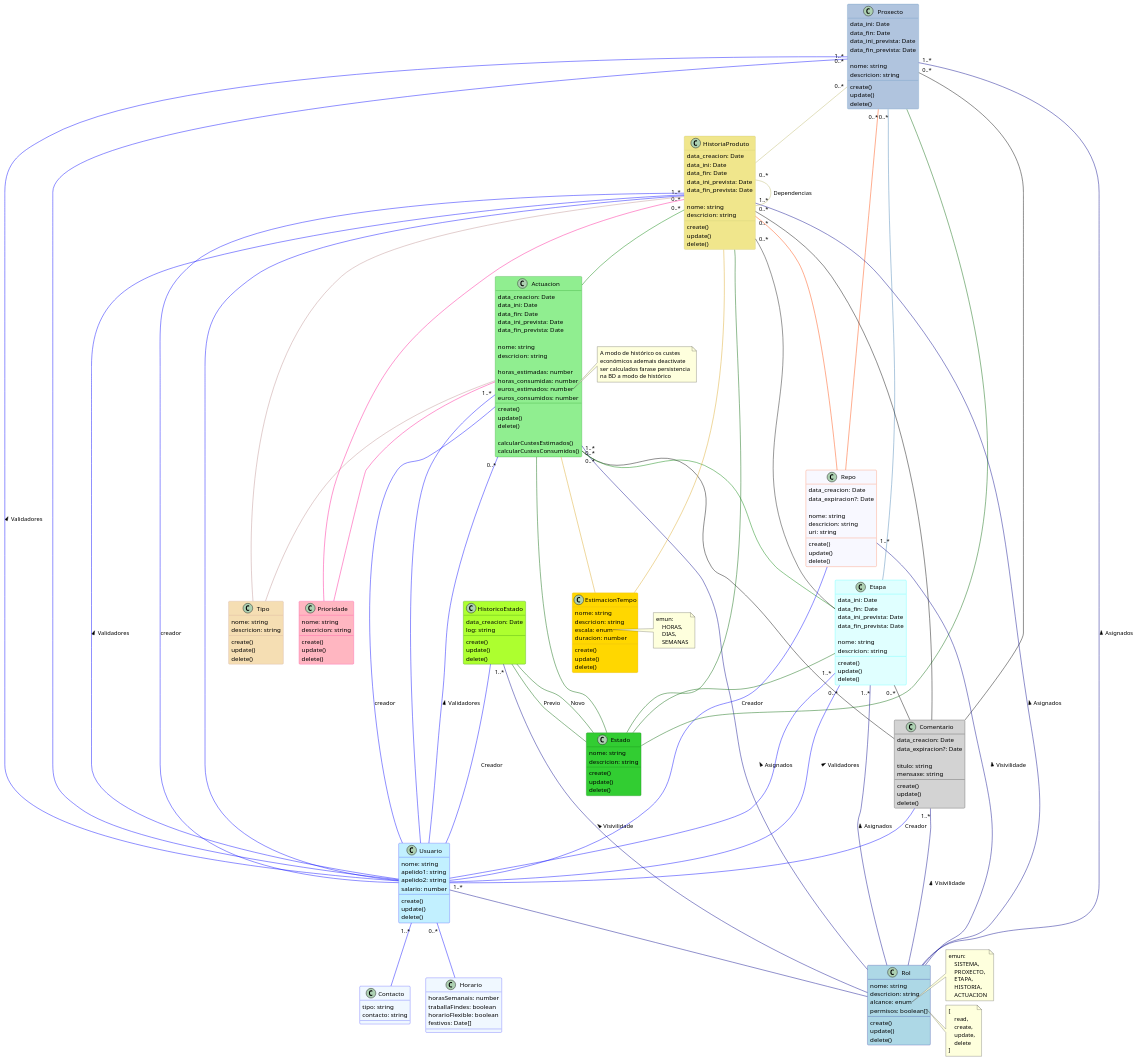
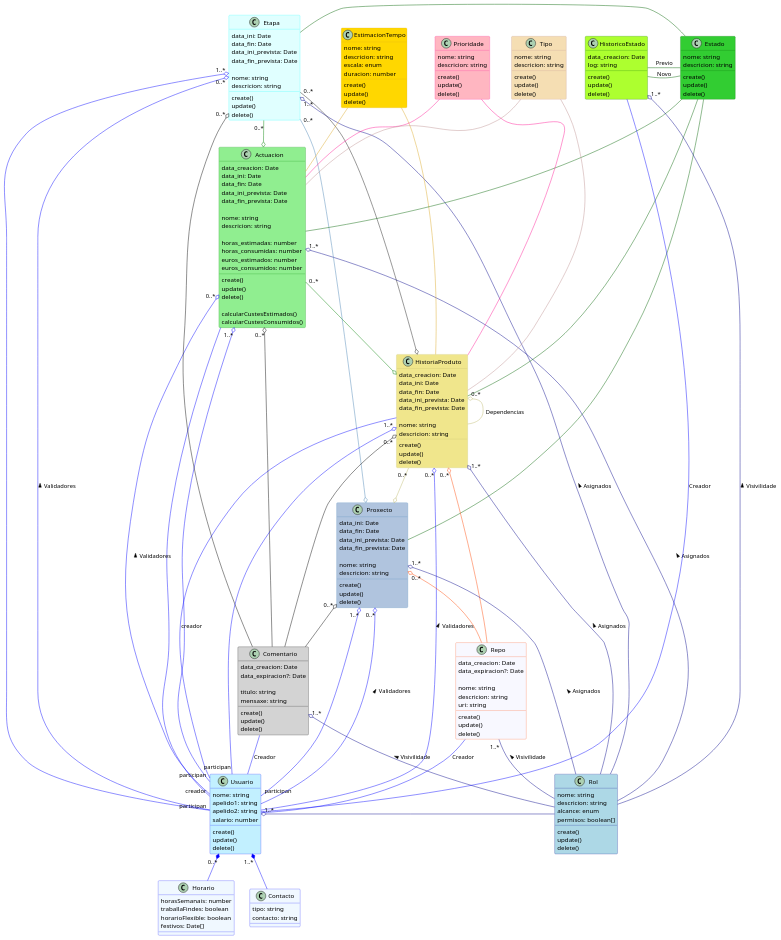
Before and after one commit to efja/proxectOSDAW: the diagram in doc/diagramas/uml/plantuml/clases/00_main.puml, drawn with PlantUML. The commit also changed 9 other files, not shown here.

```diff
--- a/doc/diagramas/uml/plantuml/clases/00_main.puml
+++ b/doc/diagramas/uml/plantuml/clases/00_main.puml
@@ -29,24 +29,6 @@
     {method} calcularCustesConsumidos()
 }
 
-note right of Actuacion::euros_estimados
-    A modo de histórico os custes
-    económicos ademais deactivate
-    ser calculados farase persistencia
-    na BD a modo de histórico
-end note
-
-Actuacion -- Usuario #Blue : creador
-Actuacion -- Estado #DarkGreen
-Actuacion -- EstimacionTempo #GoldenRod
-Actuacion -- Prioridade #DeepPink
-Actuacion -- Tipo #RosyBrown
-Actuacion "1..*" -- Usuario #Blue
-Actuacion "0..*" -- Usuario  #Blue: Validadores <
-Actuacion "1..*" -- Rol #DarkBlue : Asignados <
-Actuacion "0..*" -- Comentario #Black
-Actuacion "0..*" -- Etapa #Green
-
 ' ################################################################################
 ' ## Comentario
 ' ################################################################################
@@ -65,38 +47,6 @@
     {method} delete()
 }
 
-Comentario -- Usuario #Blue : Creador
-Comentario "1..*" -- Rol #DarkBlue : Visivilidade <
-
-' ################################################################################
-' ## Proxecto
-' ################################################################################
-
-class Proxecto #LightSteelBlue ##SteelBlue {
-    ' Propiedades
-    {field} data_ini: Date
-    {field} data_fin: Date
-    {field} data_ini_prevista: Date
-    {field} data_fin_prevista: Date
-
-    {field} nome: string
-    {field} descricion: string
-
-    ' Métodos
-    {method} create()
-    {method} update()
-    {method} delete()
-}
-
-Proxecto -- Estado #DarkGreen
-Proxecto "0..*" -- Repo #OrangeRed
-Proxecto "1..*" -- Usuario #Blue
-Proxecto "0..*" -- Usuario #Blue : Validadores <
-Proxecto "1..*" -- Rol #DarkBlue : Asignados <
-Proxecto "0..*" -- Etapa #SteelBlue
-Proxecto "0..*" -- HistoriaProduto #DarkKhaki
-Proxecto "0..*" -- Comentario #Black
-
 ' ################################################################################
 ' ## EstimacionTempo
 ' ################################################################################
@@ -113,13 +63,6 @@
     {method} update()
     {method} delete()
 }
-
-note right of EstimacionTempo::escala
-    emun:
-        HORAS,
-        DIAS,
-        SEMANAS
-end note
 
 ' ################################################################################
 ' ## Etapa
@@ -140,12 +83,6 @@
     {method} update()
     {method} delete()
 }
-
-Etapa -- Estado #DarkGreen
-Etapa "1..*" -- Usuario #Blue
-Etapa "0..*" -- Usuario #Blue : Validadores <
-Etapa "1..*" -- Rol #DarkBlue : Asignados <
-Etapa "0..*" -- Comentario #Black
 
 ' ################################################################################
 ' ## Estado
@@ -173,11 +110,6 @@
     {method} delete()
 }
 
-HistoricoEstado -- Usuario #Blue : Creador
-HistoricoEstado "1..*" -- Rol #DarkBlue : Visivilidade <
-HistoricoEstado -- Estado #DarkGreen : Previo
-HistoricoEstado -- Estado #DarkGreen : Novo
-
 ' ################################################################################
 ' ## HistoriaProduto
 ' ################################################################################
@@ -199,26 +131,32 @@
     {method} delete()
 }
 
-HistoriaProduto -- Usuario #Blue : creador
-HistoriaProduto -- Estado #DarkGreen
-HistoriaProduto -- EstimacionTempo #GoldenRod
-HistoriaProduto -- Prioridade #DeepPink
-HistoriaProduto -- Tipo #RosyBrown
-HistoriaProduto "0..*" -- Repo #OrangeRed
-HistoriaProduto "1..*" -- Usuario #Blue
-HistoriaProduto "0..*" -- Usuario #Blue : Validadores <
-HistoriaProduto "1..*" -- Rol #DarkBlue : Asignados <
-HistoriaProduto "0..*" -- Comentario #Black
-HistoriaProduto "0..*" -- Etapa
-HistoriaProduto "0..*" -- Actuacion #Green
-HistoriaProduto "0..*" -- HistoriaProduto #DarkKhaki : Dependencias
-
 ' ################################################################################
 ' ## Prioridade
 ' ################################################################################
 
 class Prioridade #LightPink ##DeepPink {
     ' Propiedades
+    {field} nome: string
+    {field} descricion: string
+
+    ' Métodos
+    {method} create()
+    {method} update()
+    {method} delete()
+}
+
+' ################################################################################
+' ## Proxecto
+' ################################################################################
+
+class Proxecto #LightSteelBlue ##SteelBlue {
+    ' Propiedades
+    {field} data_ini: Date
+    {field} data_fin: Date
+    {field} data_ini_prevista: Date
+    {field} data_fin_prevista: Date
+
     {field} nome: string
     {field} descricion: string
 
@@ -247,9 +185,6 @@
     {method} delete()
 }
 
-Repo -- Usuario #Blue : Creador
-Repo "1..*" -- Rol #DarkBlue : Visivilidade <
-
 ' ################################################################################
 ' ## Rol
 ' ################################################################################
@@ -266,24 +201,6 @@
     {method} update()
     {method} delete()
 }
-
-note right of Rol::alcance
-    emun:
-        SISTEMA,
-        PROXECTO,
-        ETAPA,
-        HISTORIA,
-        ACTUACION
-end note
-
-note right of Rol::permisos
-    [
-        read,
-        create,
-        update,
-        delete
-    ]
-end note
 
 ' ################################################################################
 ' ## Tipo
@@ -331,8 +248,85 @@
     {field} contacto: string
 }
 
-Usuario "1..*" -- Contacto #Blue
-Usuario "1..*" -- Rol #DarkBlue
-Usuario "0..*" -- Horario #Blue
+' ################################################################################
+' ## RELACIÓNS
+' ################################################################################
+
+'Actuacion
+
+Actuacion -- "creador" Usuario #Blue
+Actuacion "1..*" o-- "participan" Usuario #Blue
+Actuacion "0..*" o-- Usuario  #Blue: Validadores <
+Actuacion "1..*" o-- Rol #DarkBlue : Asignados <
+Actuacion "0..*" o-- Comentario #Black
+Actuacion "0..*" --o HistoriaProduto #Green
+
+'Comentario
+Comentario -- Usuario #Blue : Creador
+Comentario "1..*" o-- Rol #DarkBlue : Visivilidade <
+
+'Etapa
+Etapa - Estado #DarkGreen
+
+Etapa "1..*" o-- "participan" Usuario #Blue
+Etapa "0..*" o-- Usuario #Blue : Validadores <
+Etapa "1..*" o-- Rol #DarkBlue : Asignados <
+Etapa "0..*" o-- Comentario #Black
+
+Etapa "0..*" --o Proxecto #SteelBlue
+Etapa "0..*" --o Actuacion #Green
+Etapa "0..*" --o HistoriaProduto
+
+'EstimacionTempo
+EstimacionTempo -- HistoriaProduto #GoldenRod
+EstimacionTempo -- Actuacion #GoldenRod
+
+'Estado
+Estado -- Actuacion #DarkGreen
+Estado -- Proxecto #DarkGreen
+Estado -- HistoriaProduto #DarkGreen
+
+'HistoricoEstado
+HistoricoEstado -- Usuario #Blue : Creador
+HistoricoEstado "1..*" o-- Rol #DarkBlue : Visivilidade <
+HistoricoEstado - Estado #DarkGreen : Previo
+HistoricoEstado - Estado #DarkGreen : Novo
+
+'HistoriaProduto
+HistoriaProduto "0..*" o-- HistoriaProduto #DarkKhaki : Dependencias
+HistoriaProduto -- Usuario #Blue : creador
+HistoriaProduto "1..*" o-- "participan" Usuario #Blue
+HistoriaProduto "0..*" o-- Usuario #Blue : Validadores <
+HistoriaProduto "0..*" o-- Repo #OrangeRed
+HistoriaProduto "1..*" o-- Rol #DarkBlue : Asignados <
+HistoriaProduto "0..*" o-- Comentario #Black
+HistoriaProduto "0..*" --o Proxecto #DarkKhaki
+
+'Prioridade
+Prioridade -- Actuacion #DeepPink
+Prioridade -- HistoriaProduto #DeepPink
+
+'Proxecto
+
+Proxecto "1..*" o-- "participan" Usuario #Blue
+Proxecto "0..*" o-- Usuario #Blue : Validadores <
+Proxecto "1..*" o-- Rol #DarkBlue : Asignados <
+Proxecto "0..*" o-- Repo #OrangeRed
+Proxecto "0..*" o-- Comentario #Black
+
+'Repo
+Repo -- Usuario #Blue : Creador
+Repo "1..*" -- Rol #DarkBlue : Visivilidade <
+
+'Rol
+
+'Tipo
+Tipo -- HistoriaProduto #RosyBrown
+Tipo -- Actuacion #RosyBrown
+
+'Usuario
+Usuario "1..*" o- Rol #DarkBlue
+Usuario "1..*" *-- Contacto #Blue
+Usuario "0..*" *-- Horario #Blue
 
 @enduml
```
